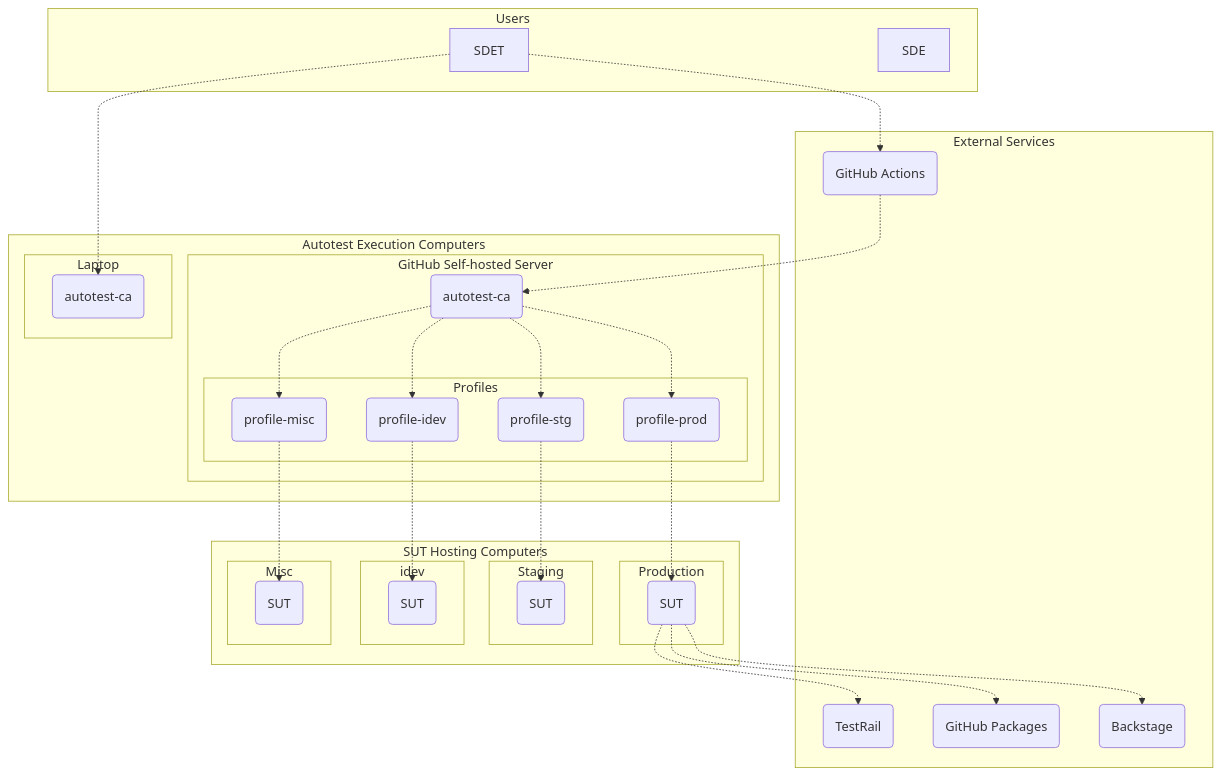
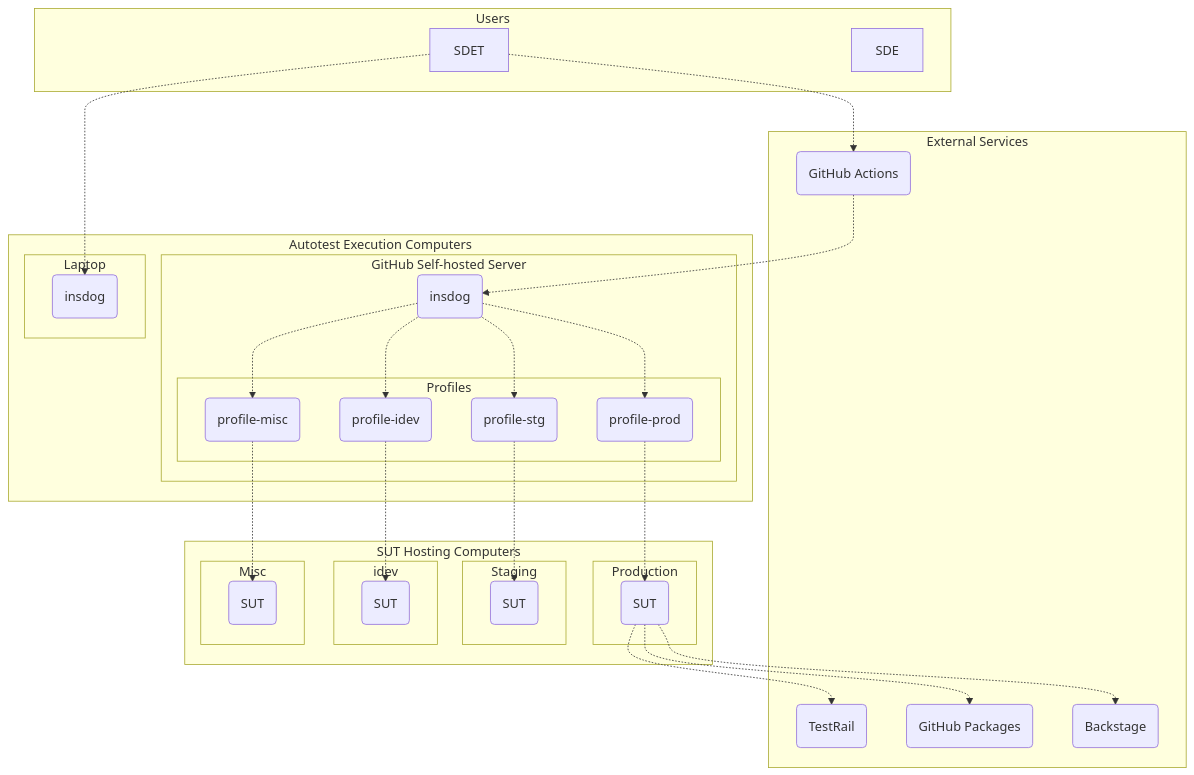
The third of 3 diagrams in src/site/markdown/4-Design/Architecture.md (moneyforward/insdog), drawn with Mermaid before and after one commit. The commit also changed other lines of this file and 34 other files, not shown here.

````diff
--- a/src/site/markdown/4-Design/Architecture.md
+++ b/src/site/markdown/4-Design/Architecture.md
@@ -147,59 +147,59 @@
 ```mermaid
 graph TD
     subgraph users [Users]
         SDET
         SDE
     end
 
     subgraph executors [Autotest Execution Computers]
         subgraph "GitHub Self-hosted Server"
-            autotest-ca-ghsh("autotest-ca")
+            insdog-ghsh("insdog")
             subgraph "Profiles"
                 profile-prod-ghsh("profile-prod")
                 profile-stg-ghsh("profile-stg")
                 profile-idev-ghsh("profile-idev")
                 profile-misc-ghsh("profile-misc")
             end
         end
         subgraph "Laptop"
-            autotest-ca-laptop("autotest-ca")
+            insdog-laptop("insdog")
         end
     end
 
     subgraph sutHost [SUT Hosting Computers]
         subgraph "Production"
             SUT-prod(SUT)
         end
         subgraph "Staging"
             SUT-stg(SUT)
         end
         subgraph "idev"
             SUT-idev(SUT)
         end
         subgraph "Misc"
             SUT-misc(SUT)
         end
     end
 
     subgraph "External Services"
         gha("GitHub Actions")
         testRail("TestRail")
         ghPackages("GitHub Packages")
         backstage("Backstage")
     end
 
     SDET -.-> gha
-    SDET -.-> autotest-ca-laptop
-    autotest-ca-ghsh -.-> profile-prod-ghsh
-    autotest-ca-ghsh -.-> profile-stg-ghsh
-    autotest-ca-ghsh -.-> profile-idev-ghsh
-    autotest-ca-ghsh -.-> profile-misc-ghsh
+    SDET -.-> insdog-laptop
+    insdog-ghsh -.-> profile-prod-ghsh
+    insdog-ghsh -.-> profile-stg-ghsh
+    insdog-ghsh -.-> profile-idev-ghsh
+    insdog-ghsh -.-> profile-misc-ghsh
     profile-prod-ghsh -.-> SUT-prod
     profile-stg-ghsh -.-> SUT-stg
     profile-idev-ghsh -.-> SUT-idev
     profile-misc-ghsh -.-> SUT-misc
     SUT-prod -.-> testRail
     SUT-prod -.-> ghPackages
     SUT-prod -.-> backstage
-    gha -.-> autotest-ca-ghsh 
+    gha -.-> insdog-ghsh 
 ```
````
